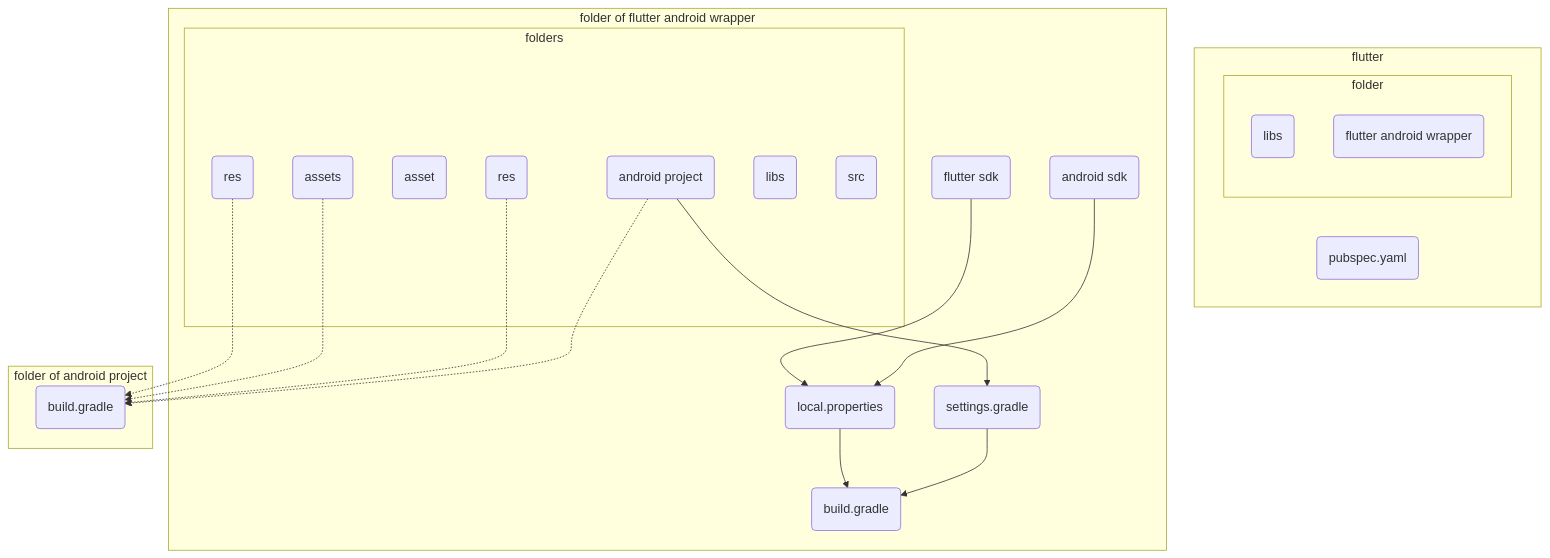
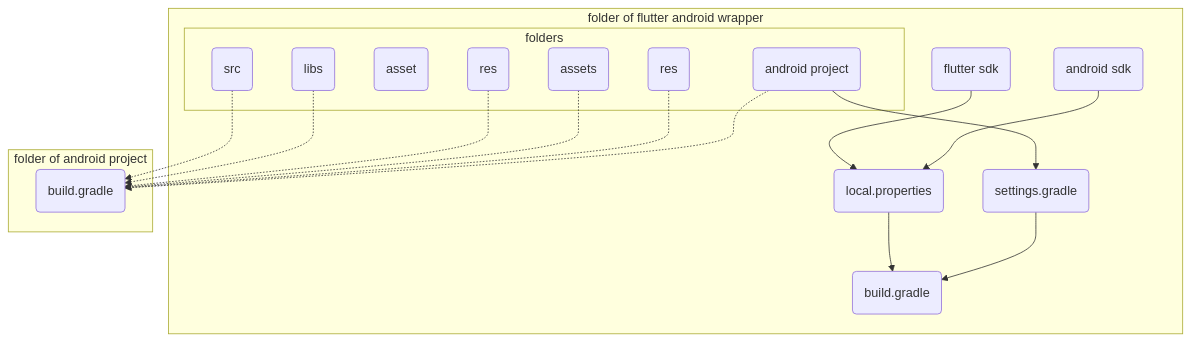
Before and after one commit to gordianknotC/nxp_note: the second of 2 diagrams in flutter/addAndroidProjIntoFlutter.md, drawn with Mermaid. The commit also changed other lines of this file, not shown here.

Commit message:
flutter/addAndroidProjIntoFlutter.md updated from https://stackedit.io/

````diff
--- a/flutter/addAndroidProjIntoFlutter.md
+++ b/flutter/addAndroidProjIntoFlutter.md
@@ -225,41 +228,35 @@
 ```mermaid
 graph TB
-	subgraph flutter
-		FP(pubspec.yaml)
-		subgraph folder
-			FL(libs)
-			FA(flutter android wrapper)
-		end
-	end
-	
 	subgraph folder of flutter android wrapper
 		WS(settings.gradle) --> WB(build.gradle)
 		WL(local.properties)--> WB
 		WL1(android sdk)-->WL
 		WL2(flutter sdk)-->WL
 		
 		subgraph folders
 			WR(res)
 			WP(android project)
 			WT(asset)
 		end
 	end
 	
 	subgraph folder of android project
 		AB(build.gradle)
 		 subgraph folders
 			 AR(res) 
 			 AT(assets)
 			 AL(libs)
 			 AC(src)
 		 end
 	end	 
 	
 	WP --> WS
 	WP -.-> AB
 	WR -.-> AB
 	AT -.-> AB
 	AR -.-> AB
+	AL -.-> AB
+	AC -.-> AB
 	
 
 ```
````
